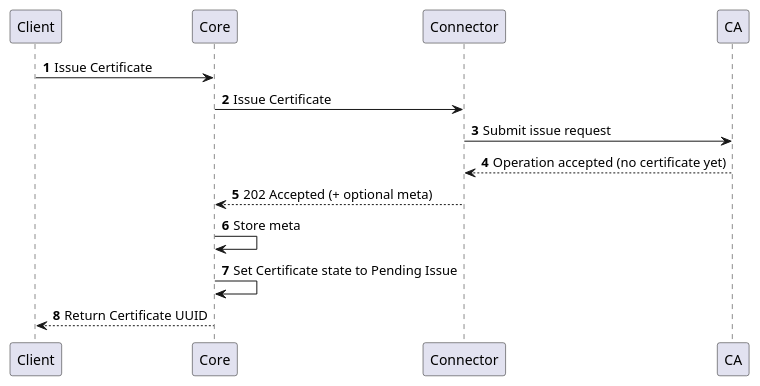
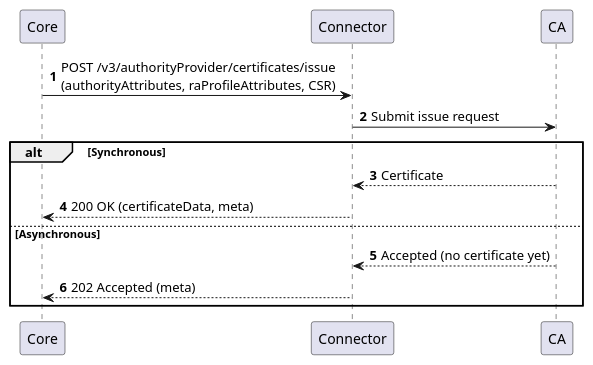
The second of 3 diagrams in docs/certificate-key/connectors/provider-interfaces/authority-provider-v3.md (CZERTAINLY/CZERTAINLY-Documentation), drawn with PlantUML before and after one commit. The commit also changed other lines of this file and 13 other files, not shown here.

````diff
--- a/docs/certificate-key/connectors/provider-interfaces/authority-provider-v3.md
+++ b/docs/certificate-key/connectors/provider-interfaces/authority-provider-v3.md
@@ -226,14 +110,14 @@
 ```plantuml
-    @startuml
-    autonumber
-    skinparam topurl https://docs.otilm.com/api/
-        Client -> Core [[core-client-operations/#tag/v2-Client-Operations/operation/issueCertificate]]: Issue Certificate
-        Core -> Connector : Issue Certificate
-        Connector -> CA: Submit issue request
-        CA --> Connector: Operation accepted (no certificate yet)
-        Connector --> Core: 202 Accepted (+ optional meta)
-        Core -> Core : Store meta
-        Core -> Core : Set Certificate state to Pending Issue
-        Core --> Client: Return Certificate UUID
-    @enduml
+@startuml
+autonumber
+Core -> Connector : POST /v3/authorityProvider/certificates/issue\n(authorityAttributes, raProfileAttributes, CSR)
+Connector -> CA : Submit issue request
+alt Synchronous
+  CA --> Connector : Certificate
+  Connector --> Core : 200 OK (certificateData, meta)
+else Asynchronous
+  CA --> Connector : Accepted (no certificate yet)
+  Connector --> Core : 202 Accepted (meta)
+end
+@enduml
 ```
````
